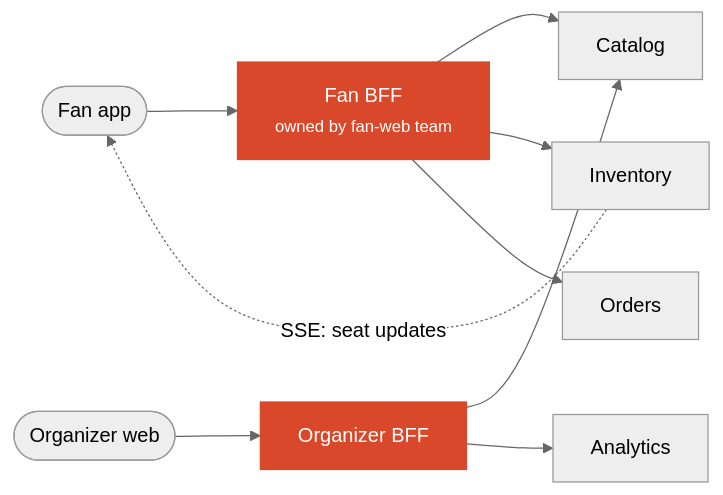
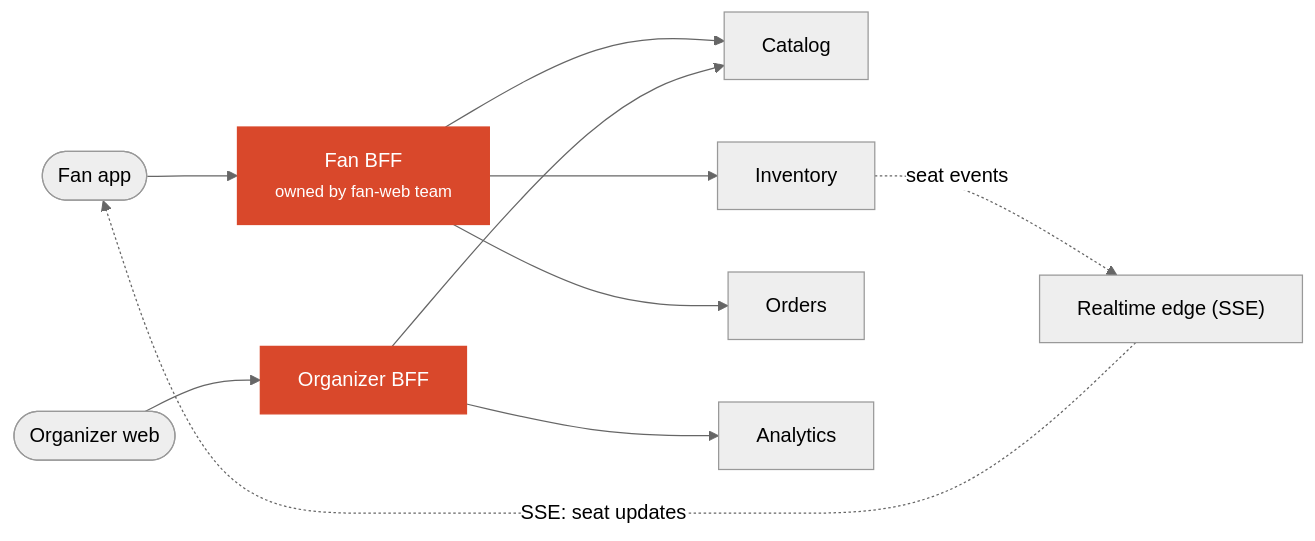
Diagram 16 of 23 in README.md (oleksiyp/arch-book), drawn with Mermaid (neutral theme) before and after one commit. The commit also changed other lines of this file, not shown here.

```diff
--- a/README.md
+++ b/README.md
@@ -1512,10 +1572,12 @@
 <pre class="mermaid">
 flowchart LR
     fan([Fan app]) --> fbff["Fan BFF<br/><small>owned by fan-web team</small>"]
     org([Organizer web]) --> obff["Organizer BFF"]
     fbff --> cat["Catalog"] & inv["Inventory"] & ord["Orders"]
     obff --> cat & ana["Analytics"]
-    inv -. "SSE: seat updates" .-> fan
+    push["Realtime edge (SSE)"]
+    inv -. "seat events" .-> push
+    push -. "SSE: seat updates" .-> fan
     classDef hot fill:#d9482b,stroke:#d9482b,color:#fff
     class fbff,obff hot
 </pre>
```
